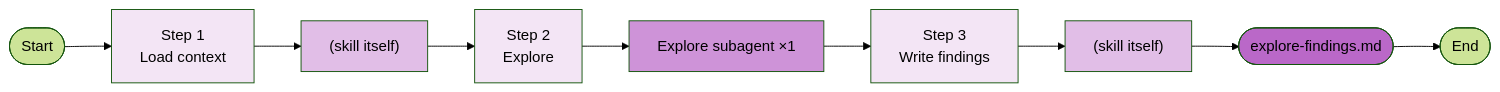
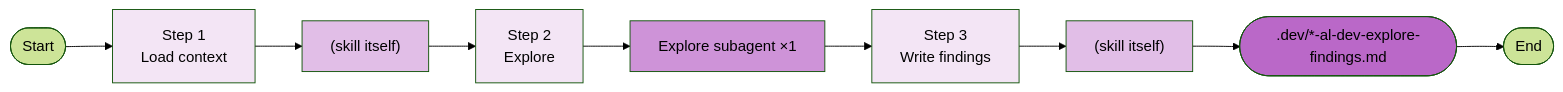
Before and after one commit to russell-laing/al-dev-shared: the eighth of 18 diagrams in docs/al-dev-plugin-map.md, drawn with Mermaid (forest theme). The commit also changed other lines of this file, not shown here.

First line of the commit message:
docs: fix technical accuracy in al-dev-plugin-map diagrams and suggestions

````diff
--- a/docs/al-dev-plugin-map.md
+++ b/docs/al-dev-plugin-map.md
@@ -290,19 +282,19 @@
 ```mermaid
 flowchart LR
     Start([Start]) --> Phase1["Step 1<br/>Load context"]
     Phase1 --> SkillWork1["(skill itself)"]
     SkillWork1 --> Phase2["Step 2<br/>Explore"]
     Phase2 --> Agent1["Explore subagent ×1"]
     Agent1 --> Phase3["Step 3<br/>Write findings"]
     Phase3 --> SkillWork2["(skill itself)"]
-    SkillWork2 --> Output1(["explore-findings.md"])
+    SkillWork2 --> Output1([".dev/*-al-dev-explore-findings.md"])
     Output1 --> End([End])
 
     style Phase1 fill:#f3e5f5
     style Phase2 fill:#f3e5f5
     style Phase3 fill:#f3e5f5
     style SkillWork1 fill:#e1bee7
     style SkillWork2 fill:#e1bee7
     style Agent1 fill:#ce93d8
     style Output1 fill:#ba68c8
 ```
````
